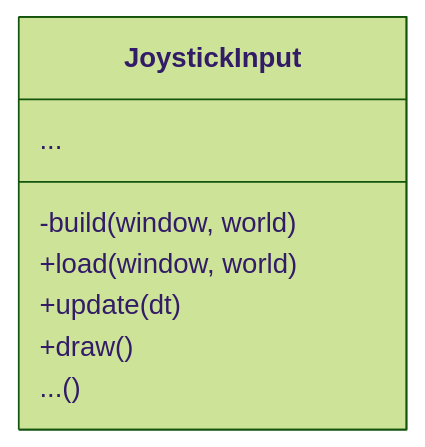
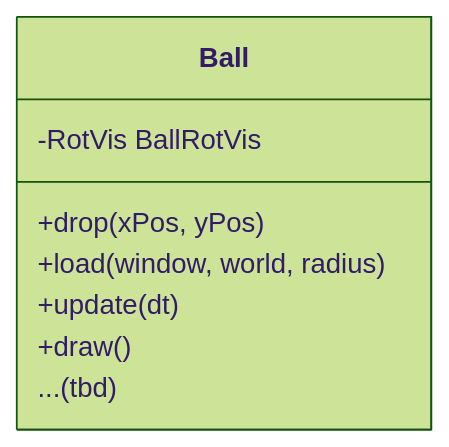
One commit to entitycs/WaMBaM changed the fifth of 8 diagrams in README.md. Above: the diagram before and after it, drawn with Mermaid (forest theme). The commit also changed other lines of this file, not shown here.

````diff
--- a/README.md
+++ b/README.md
@@ -285,11 +255,11 @@
 ```mermaid
 classDiagram
-  class JoystickInput {
-    ...
-    -build(window, world)
-    +load(window, world)
+  class Ball {
+    -RotVis BallRotVis
+    +drop(xPos, yPos)
+    +load(window, world, radius)
     +update(dt)
     +draw()
-    ...()
+    ...(tbd)
   }
 ```
````
